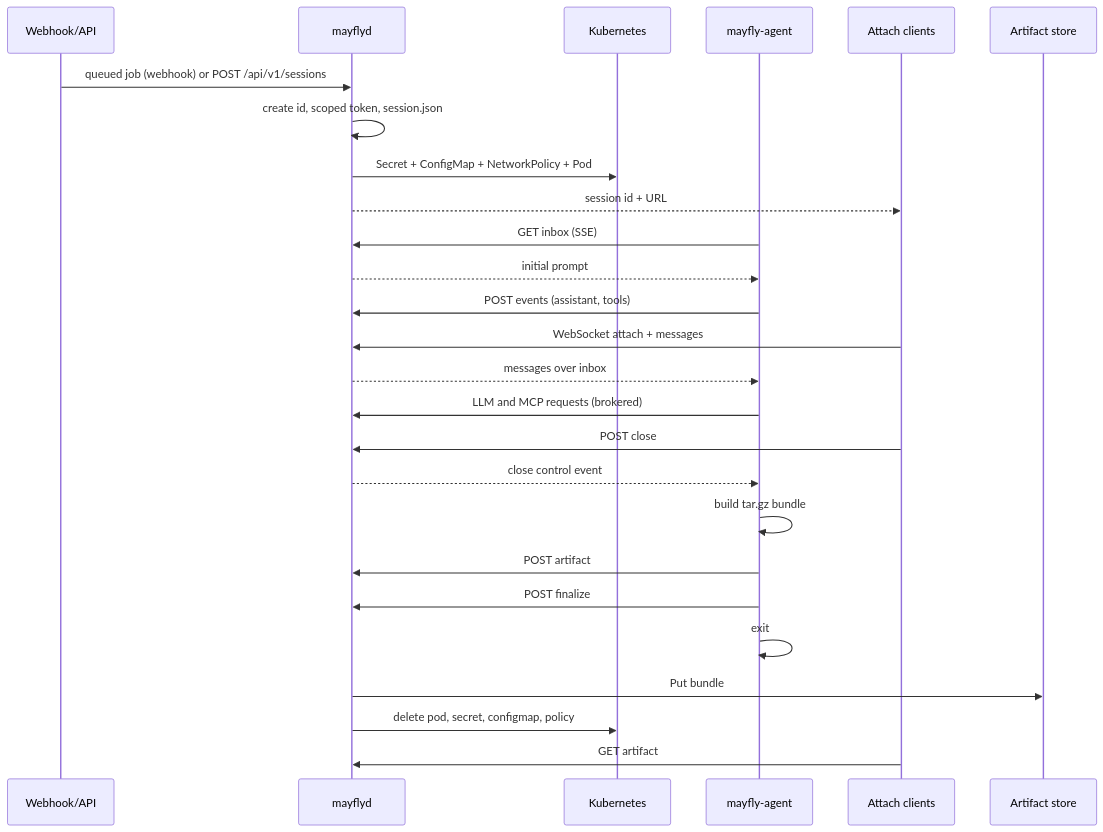
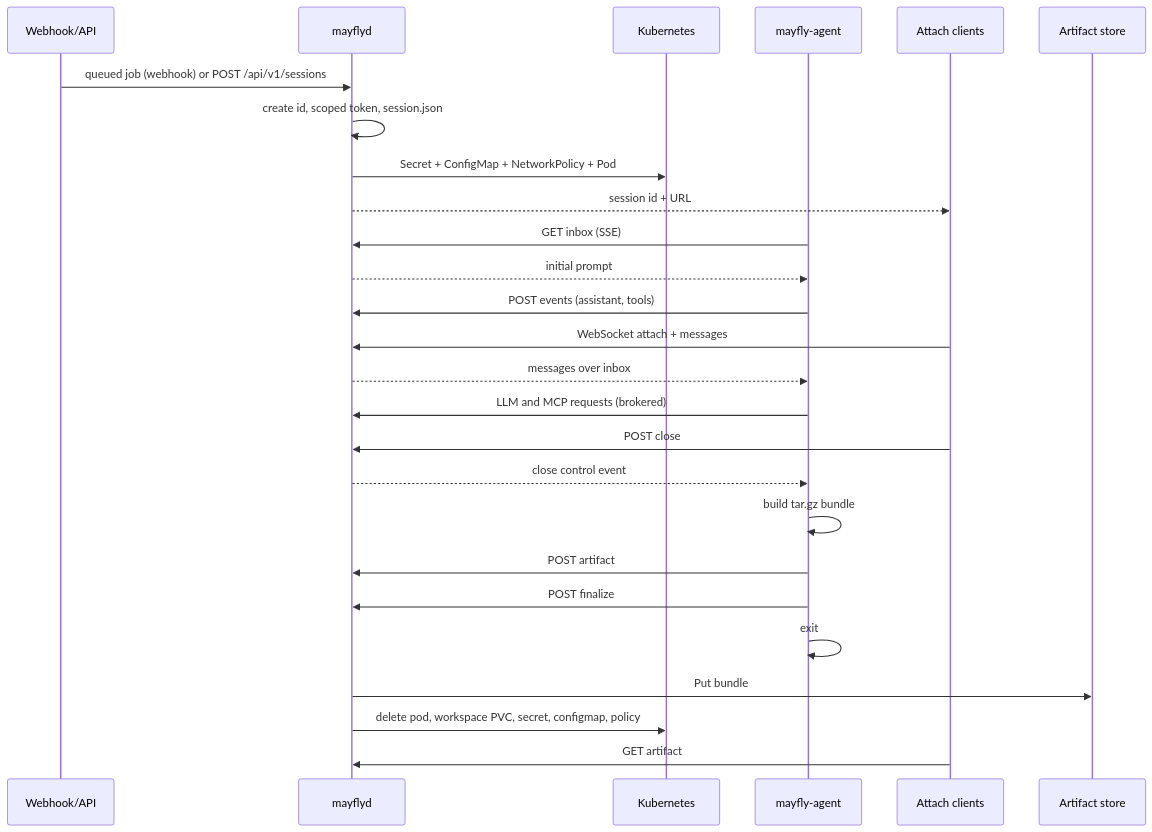
The second of 3 diagrams in docs/architecture.md (hayfever/mayfly), drawn with Mermaid before and after one commit. The commit also changed other lines of this file and 57 other files, not shown here.

````diff
--- a/docs/architecture.md
+++ b/docs/architecture.md
@@ -63,29 +65,29 @@
 ```mermaid
 sequenceDiagram
   participant Hook as Webhook/API
   participant CP as mayflyd
   participant K8s as Kubernetes
   participant A as mayfly-agent
   participant UI as Attach clients
   participant Store as Artifact store
 
   Hook->>CP: queued job (webhook) or POST /api/v1/sessions
   CP->>CP: create id, scoped token, session.json
   CP->>K8s: Secret + ConfigMap + NetworkPolicy + Pod
   CP-->>UI: session id + URL
   A->>CP: GET inbox (SSE)
   CP-->>A: initial prompt
   A->>CP: POST events (assistant, tools)
   UI->>CP: WebSocket attach + messages
   CP-->>A: messages over inbox
   A->>CP: LLM and MCP requests (brokered)
   UI->>CP: POST close
   CP-->>A: close control event
   A->>A: build tar.gz bundle
   A->>CP: POST artifact
   A->>CP: POST finalize
   A->>A: exit
   CP->>Store: Put bundle
-  CP->>K8s: delete pod, secret, configmap, policy
+  CP->>K8s: delete pod, workspace PVC, secret, configmap, policy
   UI->>CP: GET artifact
 ```
````
